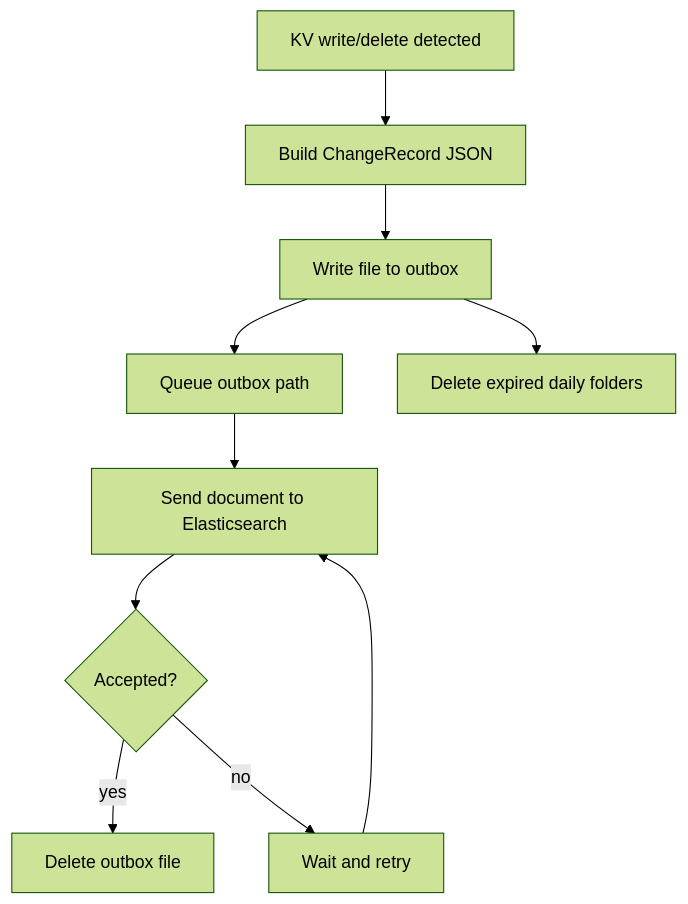
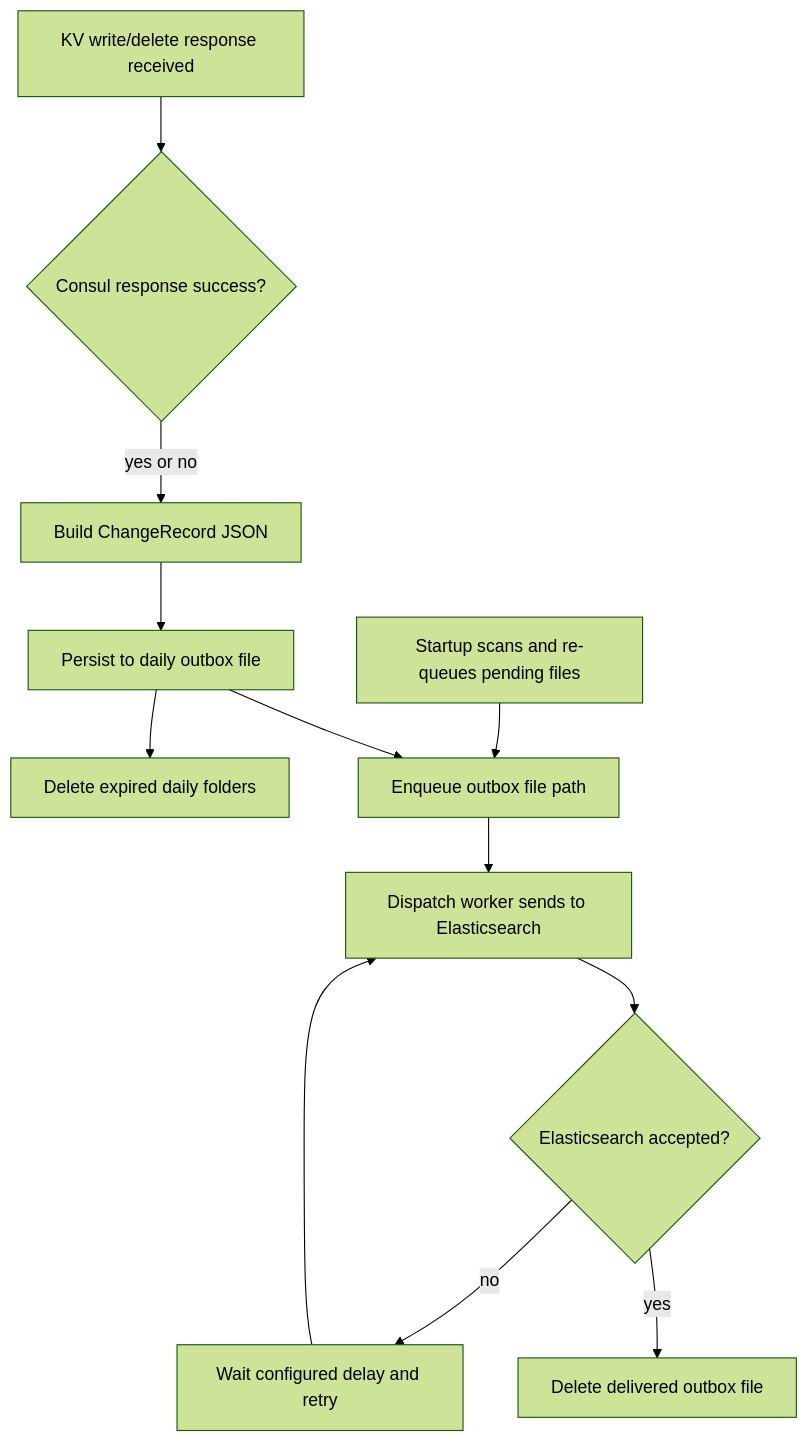
One commit to sinanakyazici/ConsulChangeLogger changed the second of 2 diagrams in docs/architecture.md. Above: the diagram before and after it, drawn with Mermaid (forest theme). The commit also changed other lines of this file and 2 other files, not shown here.

Commit message:
Update architecture diagram documentation

````diff
--- a/docs/architecture.md
+++ b/docs/architecture.md
@@ -198,17 +213,22 @@
 ```mermaid
 flowchart TD
-    event["KV write/delete detected"]
+    request["KV write/delete response received"]
+    success{"Consul response success?"}
     record["Build ChangeRecord JSON"]
-    persist["Write file to outbox"]
-    queue["Queue outbox path"]
-    dispatch["Send document to Elasticsearch"]
-    accepted{"Accepted?"}
-    retry["Wait and retry"]
-    remove["Delete outbox file"]
-    cleanup["Delete expired daily folders"]
+    persist["Persist to daily outbox file"]
+    enqueue["Enqueue outbox file path"]
+    dispatch["Dispatch worker sends to Elasticsearch"]
+    accepted{"Elasticsearch accepted?"}
+    retry["Wait configured delay and retry"]
+    remove["Delete delivered outbox file"]
+    replay["Startup scans and re-queues pending files"]
+    retention["Delete expired daily folders"]
 
-    event --> record --> persist --> queue --> dispatch --> accepted
+    request --> success
+    success -->|yes or no| record
+    record --> persist --> enqueue --> dispatch --> accepted
     accepted -->|yes| remove
     accepted -->|no| retry --> dispatch
-    persist --> cleanup
+    replay --> enqueue
+    persist --> retention
 ```
````
